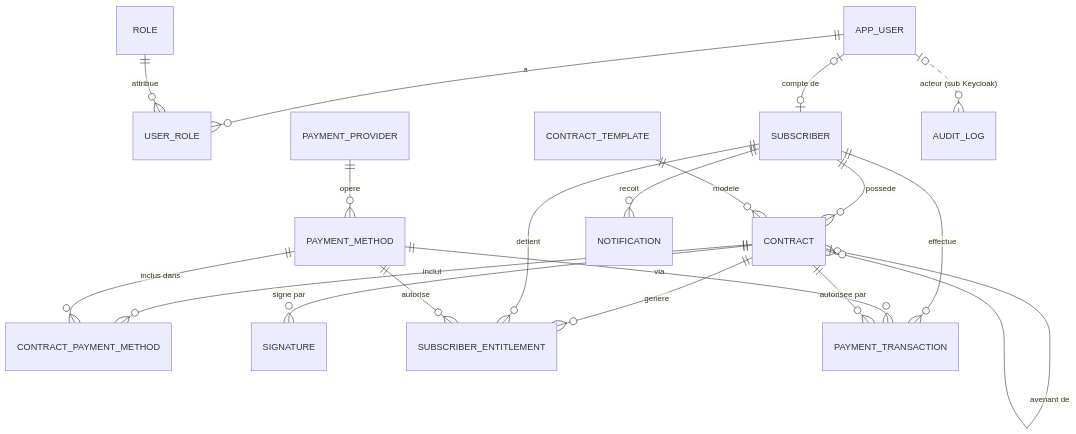
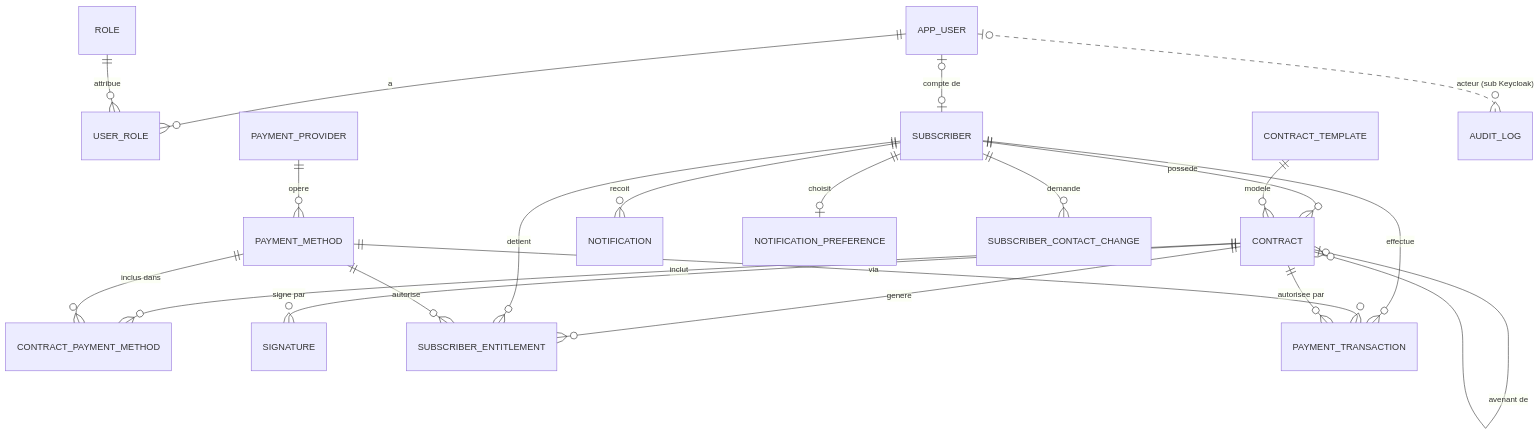
One commit to maminelalle/e-payment-portal changed the first of 2 diagrams in docs/02-modele-donnees.md. Above: the diagram before and after it, drawn with Mermaid. The commit also changed other lines of this file and 14 other files, not shown here.

````diff
--- a/docs/02-modele-donnees.md
+++ b/docs/02-modele-donnees.md
@@ -17,21 +19,23 @@
 ```mermaid
 erDiagram
     APP_USER ||--o{ USER_ROLE : a
     ROLE ||--o{ USER_ROLE : attribue
     APP_USER |o--o| SUBSCRIBER : "compte de"
     SUBSCRIBER ||--o{ CONTRACT : possede
     CONTRACT_TEMPLATE ||--o{ CONTRACT : modele
     CONTRACT |o--o{ CONTRACT : "avenant de"
     CONTRACT ||--o{ CONTRACT_PAYMENT_METHOD : inclut
     PAYMENT_METHOD ||--o{ CONTRACT_PAYMENT_METHOD : "inclus dans"
     PAYMENT_PROVIDER ||--o{ PAYMENT_METHOD : opere
     CONTRACT ||--o{ SIGNATURE : "signe par"
     CONTRACT ||--o{ SUBSCRIBER_ENTITLEMENT : genere
     SUBSCRIBER ||--o{ SUBSCRIBER_ENTITLEMENT : detient
     PAYMENT_METHOD ||--o{ SUBSCRIBER_ENTITLEMENT : autorise
     SUBSCRIBER ||--o{ PAYMENT_TRANSACTION : effectue
     PAYMENT_METHOD ||--o{ PAYMENT_TRANSACTION : via
     CONTRACT ||--o{ PAYMENT_TRANSACTION : "autorisee par"
     SUBSCRIBER ||--o{ NOTIFICATION : recoit
+    SUBSCRIBER ||--o| NOTIFICATION_PREFERENCE : choisit
+    SUBSCRIBER ||--o{ SUBSCRIBER_CONTACT_CHANGE : demande
     APP_USER |o..o{ AUDIT_LOG : "acteur (sub Keycloak)"
 ```
````
